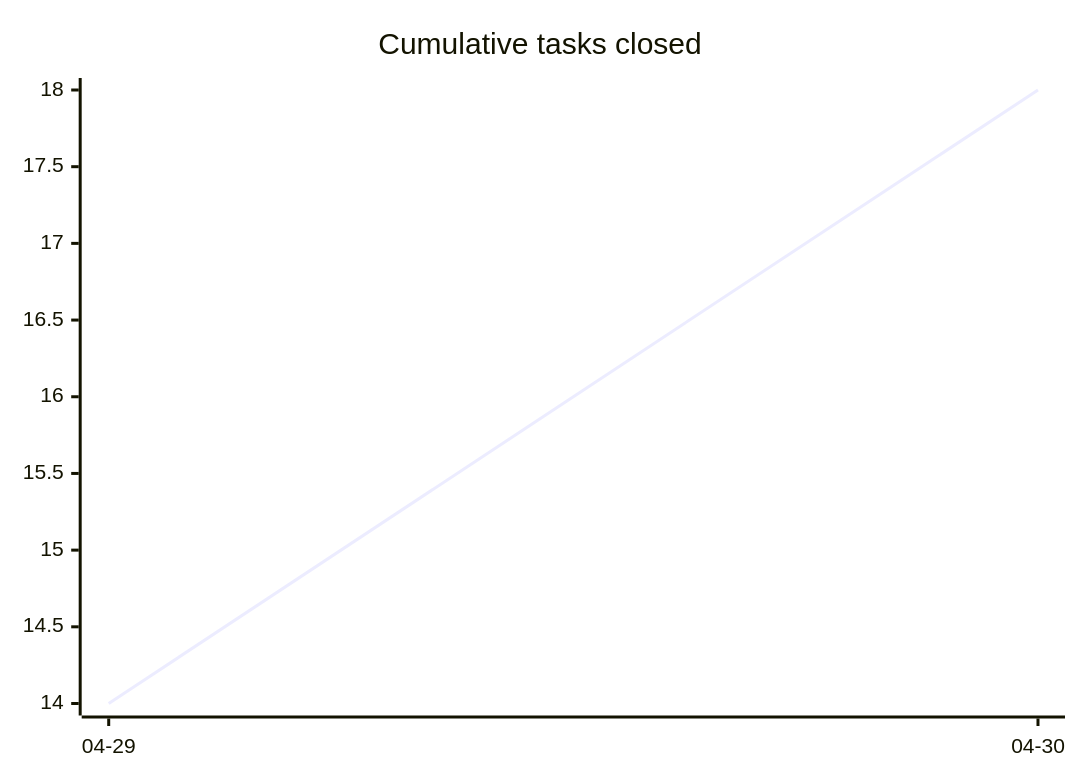
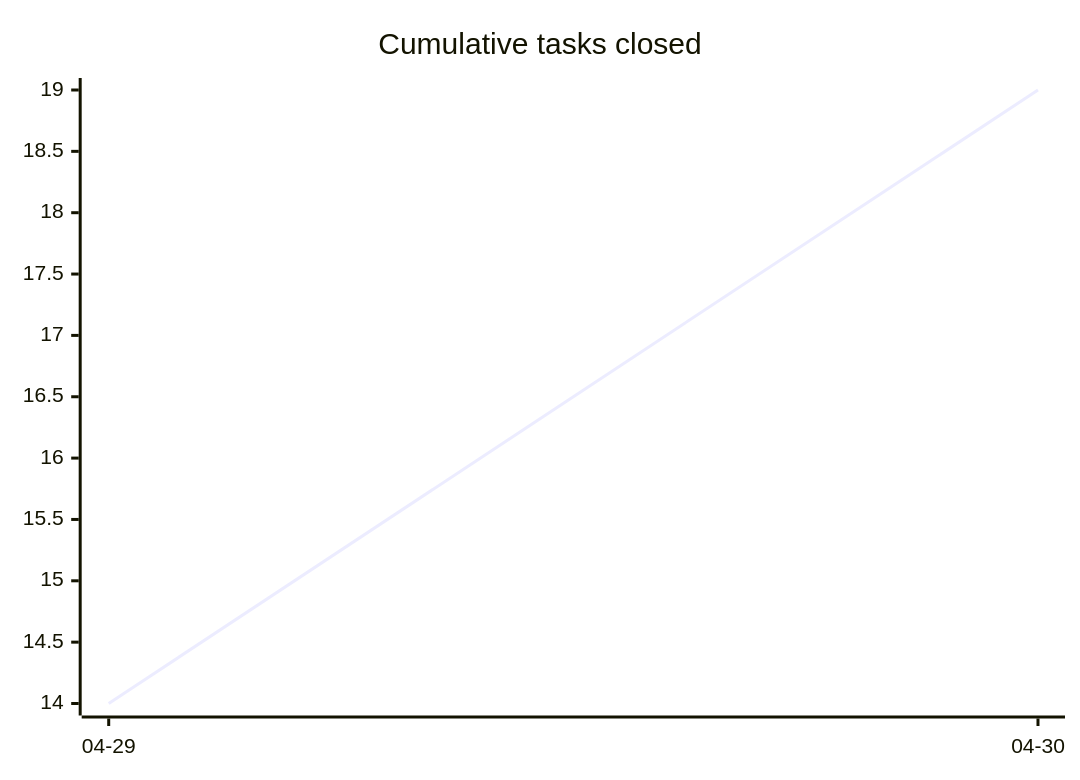
One commit to tgd1975/AwesomeStudioPedal changed the first of 3 diagrams in docs/developers/tasks/OVERVIEW.md. Above: the diagram before and after it, drawn with Mermaid. The commit also changed other lines of this file and 5 other files, not shown here.

````diff
--- a/docs/developers/tasks/OVERVIEW.md
+++ b/docs/developers/tasks/OVERVIEW.md
@@ -20,6 +20,6 @@
 ```mermaid
 xychart-beta
     title "Cumulative tasks closed"
     x-axis ["04-29", "04-30"]
-    line [14, 18]
+    line [14, 19]
 ```
````
